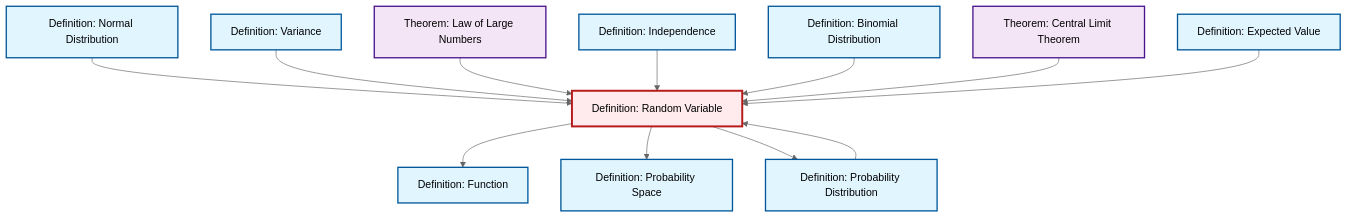
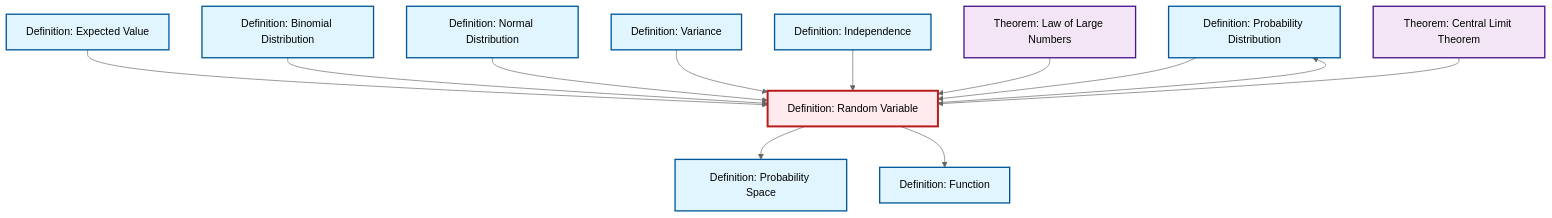
One commit to RK0429/ModernMath changed the diagram in content/en/probability-statistics/def-random-variable.qmd. Above: the diagram before and after it, drawn with Mermaid (neutral theme). The commit also changed other lines of this file and 1012 other files, not shown here.

````diff
--- a/content/en/probability-statistics/def-random-variable.qmd
+++ b/content/en/probability-statistics/def-random-variable.qmd
@@ -49,42 +49,42 @@
 ```{mermaid}
 %%| fig-cap: "Local dependency graph"
 graph TD
     classDef definition fill:#e1f5fe,stroke:#01579b,stroke-width:2px
     classDef theorem fill:#f3e5f5,stroke:#4a148c,stroke-width:2px
     classDef axiom fill:#fff3e0,stroke:#e65100,stroke-width:2px
     classDef example fill:#e8f5e9,stroke:#1b5e20,stroke-width:2px
     classDef current fill:#ffebee,stroke:#b71c1c,stroke-width:3px
+    def-probability-distribution["Definition: Probability Distribution"]:::definition
     def-expectation["Definition: Expected Value"]:::definition
     thm-central-limit["Theorem: Central Limit Theorem"]:::theorem
+    def-random-variable["Definition: Random Variable"]:::definition
+    def-binomial-distribution["Definition: Binomial Distribution"]:::definition
+    def-independence["Definition: Independence"]:::definition
     def-function["Definition: Function"]:::definition
-    def-binomial-distribution["Definition: Binomial Distribution"]:::definition
-    def-random-variable["Definition: Random Variable"]:::definition
+    thm-law-of-large-numbers["Theorem: Law of Large Numbers"]:::theorem
+    def-normal-distribution["Definition: Normal Distribution"]:::definition
+    def-probability-space["Definition: Probability Space"]:::definition
     def-variance["Definition: Variance"]:::definition
-    def-probability-space["Definition: Probability Space"]:::definition
-    thm-law-of-large-numbers["Theorem: Law of Large Numbers"]:::theorem
-    def-independence["Definition: Independence"]:::definition
-    def-probability-distribution["Definition: Probability Distribution"]:::definition
-    def-normal-distribution["Definition: Normal Distribution"]:::definition
+    def-random-variable --> def-probability-distribution
+    def-random-variable --> def-probability-space
+    def-expectation --> def-random-variable
+    def-binomial-distribution --> def-random-variable
     def-normal-distribution --> def-random-variable
+    def-variance --> def-random-variable
+    def-independence --> def-random-variable
     def-probability-distribution --> def-random-variable
-    def-variance --> def-random-variable
+    thm-law-of-large-numbers --> def-random-variable
     def-random-variable --> def-function
-    thm-law-of-large-numbers --> def-random-variable
-    def-independence --> def-random-variable
-    def-random-variable --> def-probability-space
-    def-random-variable --> def-probability-distribution
-    def-binomial-distribution --> def-random-variable
     thm-central-limit --> def-random-variable
-    def-expectation --> def-random-variable
     class def-random-variable current
+    click def-probability-distribution "def-probability-distribution.html" "Go to Probability Distribution definition"
     click def-expectation "def-expectation.html" "Go to Expected Value definition"
     click thm-central-limit "thm-central-limit.html" "Go to Central Limit Theorem theorem"
+    click def-binomial-distribution "def-binomial-distribution.html" "Go to Binomial Distribution definition"
+    click def-independence "def-independence.html" "Go to Independence definition"
     click def-function "def-function.html" "Go to Function definition"
-    click def-binomial-distribution "def-binomial-distribution.html" "Go to Binomial Distribution definition"
+    click thm-law-of-large-numbers "thm-law-of-large-numbers.html" "Go to Law of Large Numbers theorem"
+    click def-normal-distribution "def-normal-distribution.html" "Go to Normal Distribution definition"
+    click def-probability-space "def-probability-space.html" "Go to Probability Space definition"
     click def-variance "def-variance.html" "Go to Variance definition"
-    click def-probability-space "def-probability-space.html" "Go to Probability Space definition"
-    click thm-law-of-large-numbers "thm-law-of-large-numbers.html" "Go to Law of Large Numbers theorem"
-    click def-independence "def-independence.html" "Go to Independence definition"
-    click def-probability-distribution "def-probability-distribution.html" "Go to Probability Distribution definition"
-    click def-normal-distribution "def-normal-distribution.html" "Go to Normal Distribution definition"
 ```
````
